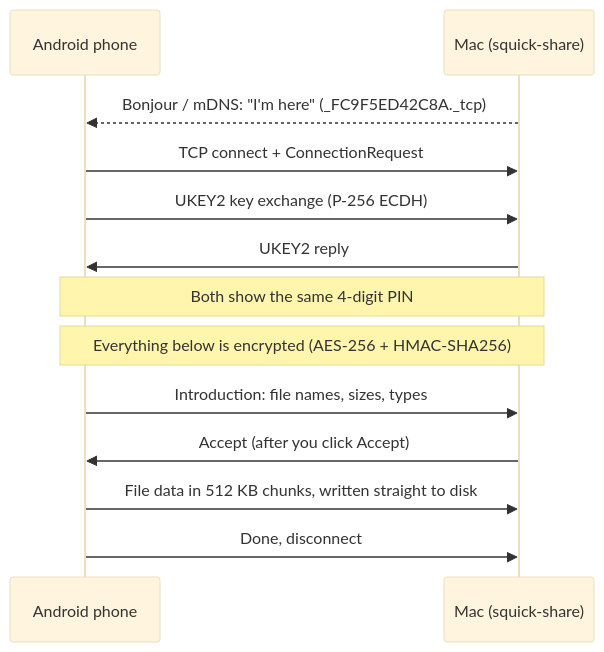
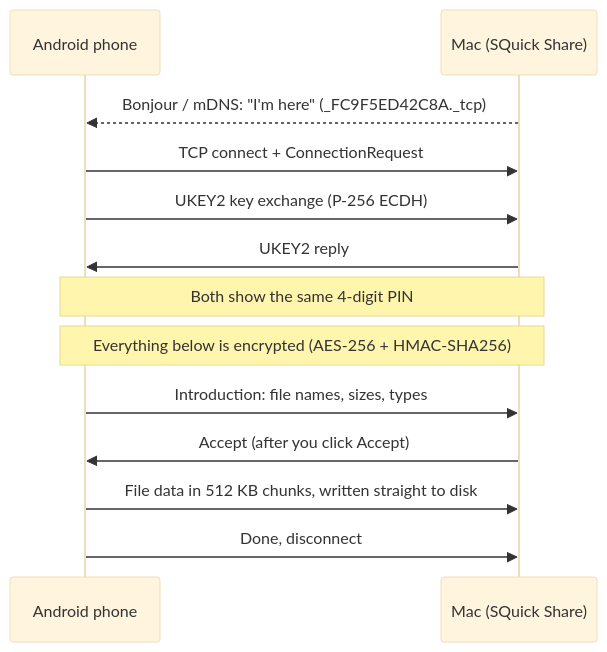
Before and after one commit to Mukesh-devs/squick-share: the diagram in README.md, drawn with Mermaid (base theme). The commit also changed other lines of this file and 21 other files, not shown here.

First line of the commit message:
Rename the app to SQuick Share

````diff
--- a/README.md
+++ b/README.md
@@ -139,15 +139,15 @@
 ```mermaid
 sequenceDiagram
     participant P as Android phone
-    participant M as Mac (squick-share)
+    participant M as Mac (SQuick Share)
     M-->>P: Bonjour / mDNS: "I'm here" (_FC9F5ED42C8A._tcp)
     P->>M: TCP connect + ConnectionRequest
     P->>M: UKEY2 key exchange (P-256 ECDH)
     M->>P: UKEY2 reply
     Note over P,M: Both show the same 4-digit PIN
     Note over P,M: Everything below is encrypted (AES-256 + HMAC-SHA256)
     P->>M: Introduction: file names, sizes, types
     M->>P: Accept (after you click Accept)
     P->>M: File data in 512 KB chunks, written straight to disk
     P->>M: Done, disconnect
 ```
````
